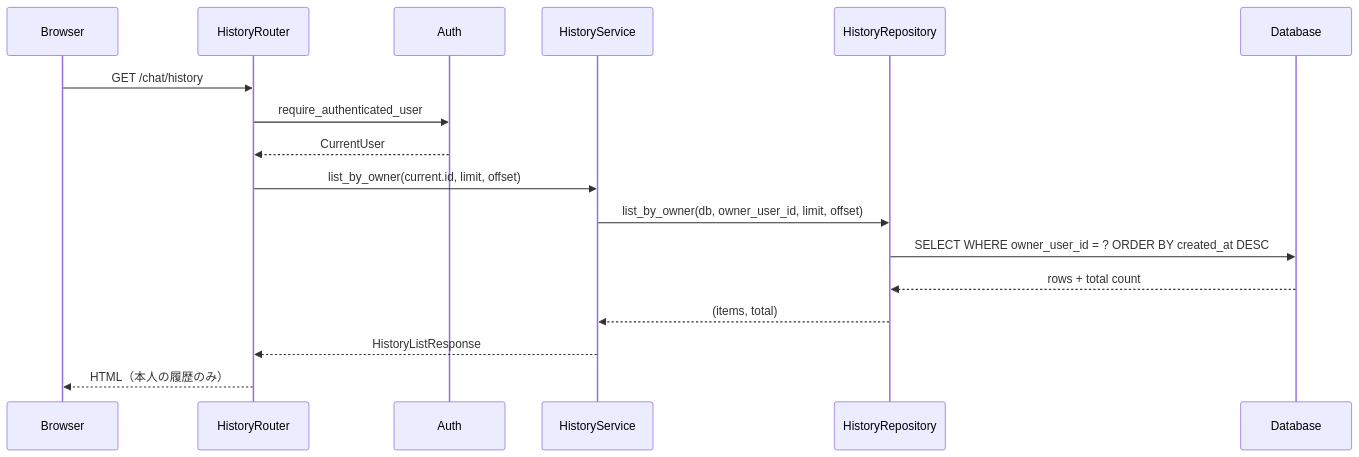
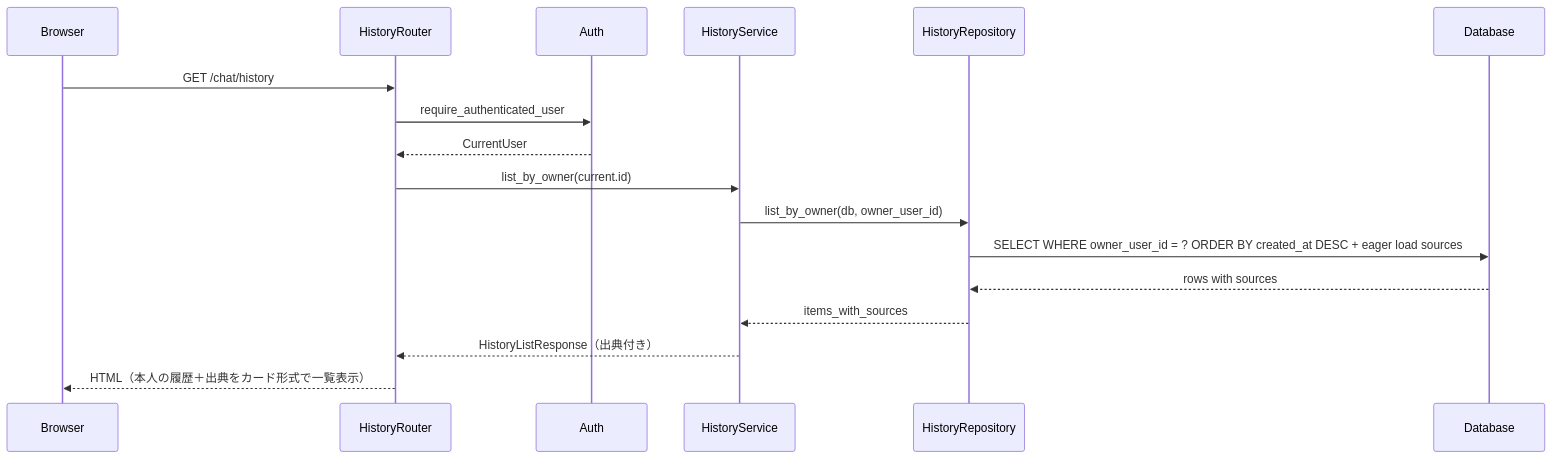
One commit to iwamuratakashi/cc-sdd-workshop-team7-helpo changed the third of 4 diagrams in .kiro/specs/chat-history/design.md. Above: the diagram before and after it, drawn with Mermaid. The commit also changed other lines of this file and 8 other files, not shown here.

````diff
--- a/.kiro/specs/chat-history/design.md
+++ b/.kiro/specs/chat-history/design.md
@@ -157,19 +157,19 @@
 ```mermaid
 sequenceDiagram
     participant Browser
     participant HistoryRouter
     participant Auth
     participant HistoryService
     participant HistoryRepository
     participant Database
     Browser->>HistoryRouter: GET /chat/history
     HistoryRouter->>Auth: require_authenticated_user
     Auth-->>HistoryRouter: CurrentUser
-    HistoryRouter->>HistoryService: list_by_owner(current.id, limit, offset)
-    HistoryService->>HistoryRepository: list_by_owner(db, owner_user_id, limit, offset)
-    HistoryRepository->>Database: SELECT WHERE owner_user_id = ? ORDER BY created_at DESC
-    Database-->>HistoryRepository: rows + total count
-    HistoryRepository-->>HistoryService: (items, total)
-    HistoryService-->>HistoryRouter: HistoryListResponse
-    HistoryRouter-->>Browser: HTML（本人の履歴のみ）
+    HistoryRouter->>HistoryService: list_by_owner(current.id)
+    HistoryService->>HistoryRepository: list_by_owner(db, owner_user_id)
+    HistoryRepository->>Database: SELECT WHERE owner_user_id = ? ORDER BY created_at DESC + eager load sources
+    Database-->>HistoryRepository: rows with sources
+    HistoryRepository-->>HistoryService: items_with_sources
+    HistoryService-->>HistoryRouter: HistoryListResponse（出典付き）
+    HistoryRouter-->>Browser: HTML（本人の履歴＋出典をカード形式で一覧表示）
 ```
````
